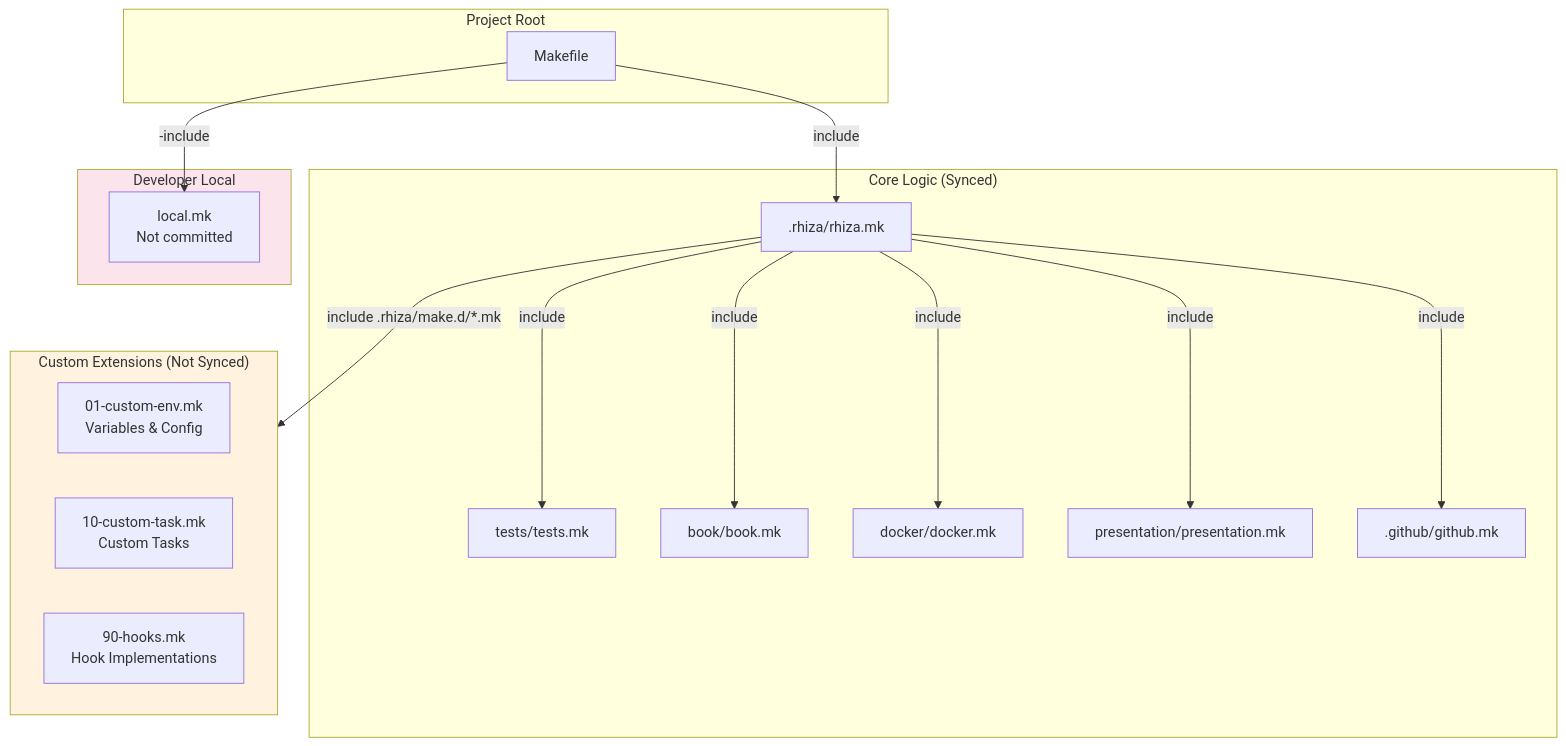
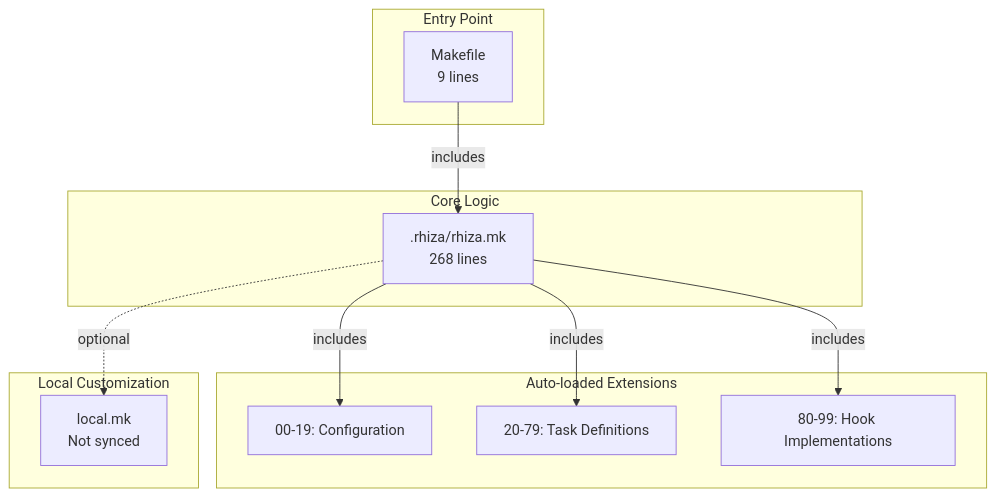
The second of 8 diagrams in docs/architecture.md (Jebel-Quant/rhiza), drawn with Mermaid before and after one commit. The commit also changed other lines of this file and 1 other file, not shown here.

````diff
--- a/docs/architecture.md
+++ b/docs/architecture.md
@@ -109,37 +51,26 @@
 ```mermaid
 flowchart TD
-    subgraph Root["Project Root"]
-        MF[Makefile]
+    subgraph Entry["Entry Point"]
+        Makefile[Makefile<br/>9 lines]
     end
 
-    subgraph Core["Core Logic (Synced)"]
-        RMK[.rhiza/rhiza.mk]
-        TMK[tests/tests.mk]
-        BMK[book/book.mk]
-        DMK[docker/docker.mk]
-        PMK[presentation/presentation.mk]
-        GMK[.github/github.mk]
+    subgraph Core["Core Logic"]
+        rhizamk[.rhiza/rhiza.mk<br/>268 lines]
     end
 
-    subgraph Extensions["Custom Extensions (Not Synced)"]
-        E1[01-custom-env.mk<br>Variables & Config]
-        E2[10-custom-task.mk<br>Custom Tasks]
-        E3[90-hooks.mk<br>Hook Implementations]
+    subgraph Extensions["Auto-loaded Extensions"]
+        config[00-19: Configuration]
+        tasks[20-79: Task Definitions]
+        hooks[80-99: Hook Implementations]
     end
 
-    subgraph Local["Developer Local"]
-        LMK[local.mk<br>Not committed]
+    subgraph Local["Local Customization"]
+        localmk[local.mk<br/>Not synced]
     end
 
-    MF -->|include| RMK
-    RMK -->|include| TMK
-    RMK -->|include| BMK
-    RMK -->|include| DMK
-    RMK -->|include| PMK
-    RMK -->|include| GMK
-    RMK -->|"include .rhiza/make.d/*.mk"| Extensions
-    MF -->|"-include"| LMK
-
-    style Extensions fill:#fff3e0
-    style Local fill:#fce4ec
+    Makefile -->|includes| rhizamk
+    rhizamk -->|includes| config
+    rhizamk -->|includes| tasks
+    rhizamk -->|includes| hooks
+    rhizamk -.->|optional| localmk
 ```
````
